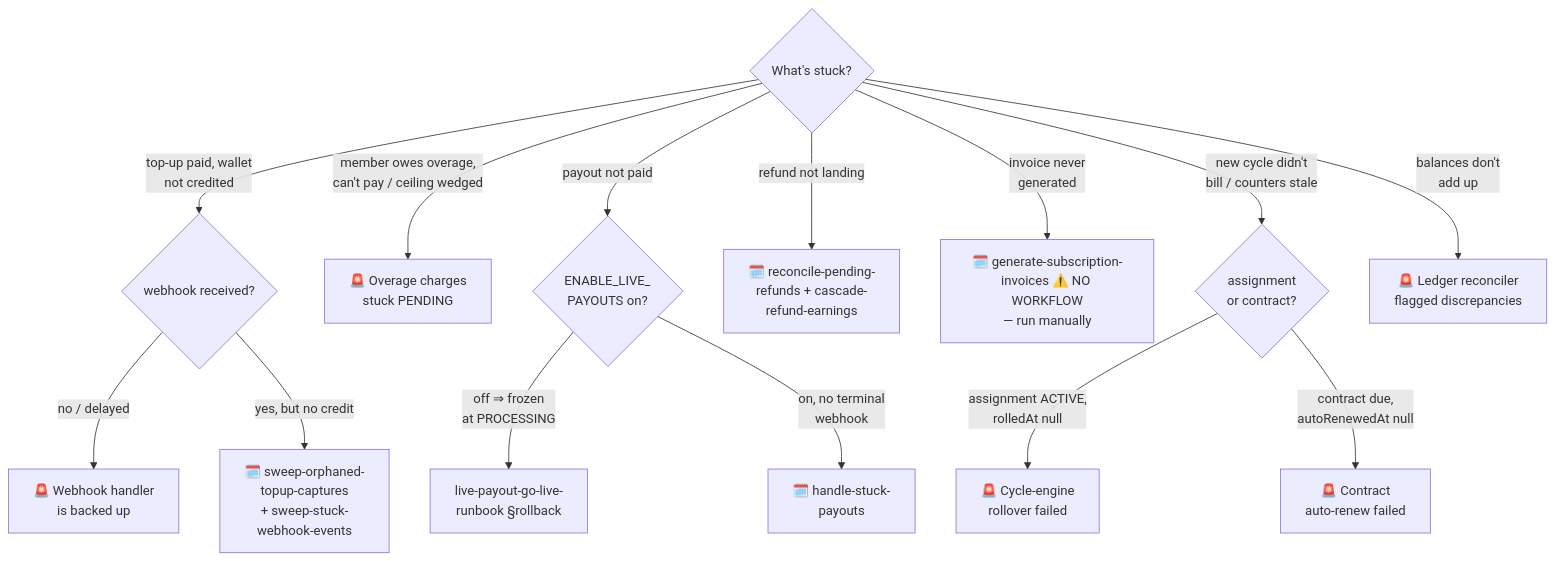
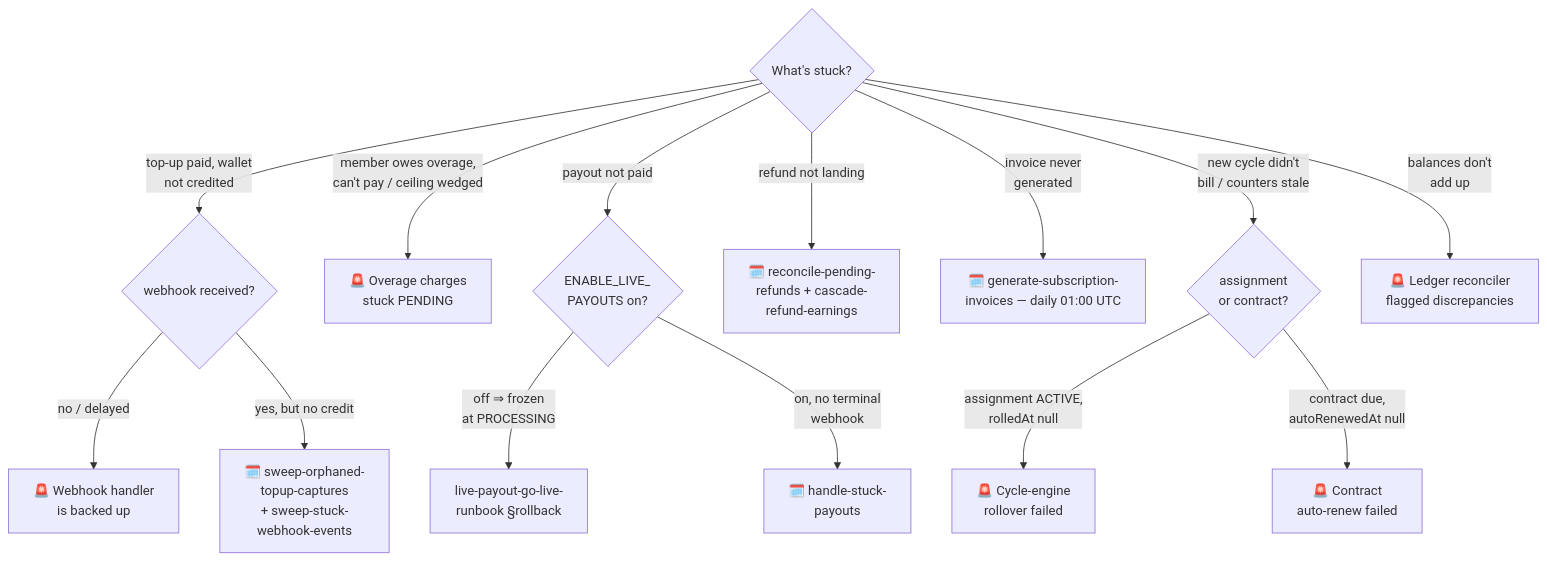
One commit to Practitionist/familiarise_web changed the first of 2 diagrams in docs/enterprise/50-operations/03-runbooks.md. Above: the diagram before and after it, drawn with Mermaid. The commit also changed other lines of this file and 19 other files, not shown here.

````diff
--- a/docs/enterprise/50-operations/03-runbooks.md
+++ b/docs/enterprise/50-operations/03-runbooks.md
@@ -31,24 +31,24 @@
 ```mermaid
 flowchart TD
   Q{What's stuck?}
 
   Q -->|"top-up paid, wallet<br/>not credited"| TU{webhook received?}
   TU -->|"no / delayed"| W[🚨 Webhook handler<br/>is backed up]
   TU -->|"yes, but no credit"| OTC[🗓️ sweep-orphaned-<br/>topup-captures<br/>+ sweep-stuck-<br/>webhook-events]
 
   Q -->|"member owes overage,<br/>can't pay / ceiling wedged"| OV[🚨 Overage charges<br/>stuck PENDING]
 
   Q -->|"payout not paid"| PO{ENABLE_LIVE_<br/>PAYOUTS on?}
   PO -->|"off ⇒ frozen<br/>at PROCESSING"| GL[live-payout-go-live-<br/>runbook §rollback]
   PO -->|"on, no terminal<br/>webhook"| HSP[🗓️ handle-stuck-<br/>payouts]
 
   Q -->|"refund not landing"| RF[🗓️ reconcile-pending-<br/>refunds + cascade-<br/>refund-earnings]
 
-  Q -->|"invoice never<br/>generated"| INV[🗓️ generate-subscription-<br/>invoices ⚠️ NO WORKFLOW<br/>— run manually]
+  Q -->|"invoice never<br/>generated"| INV[🗓️ generate-subscription-<br/>invoices — daily 01:00 UTC]
 
   Q -->|"new cycle didn't<br/>bill / counters stale"| AS{assignment<br/>or contract?}
   AS -->|"assignment ACTIVE,<br/>rolledAt null"| CE[🚨 Cycle-engine<br/>rollover failed]
   AS -->|"contract due,<br/>autoRenewedAt null"| AR[🚨 Contract<br/>auto-renew failed]
 
   Q -->|"balances don't<br/>add up"| REC[🚨 Ledger reconciler<br/>flagged discrepancies]
 ```
````
